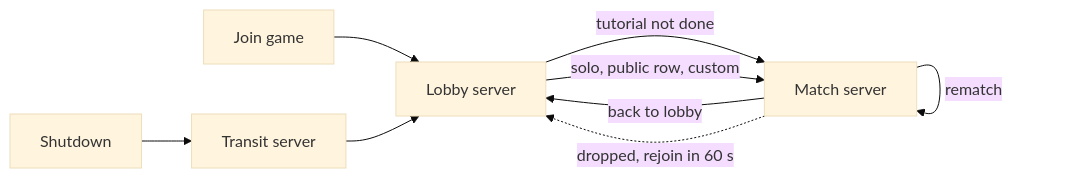
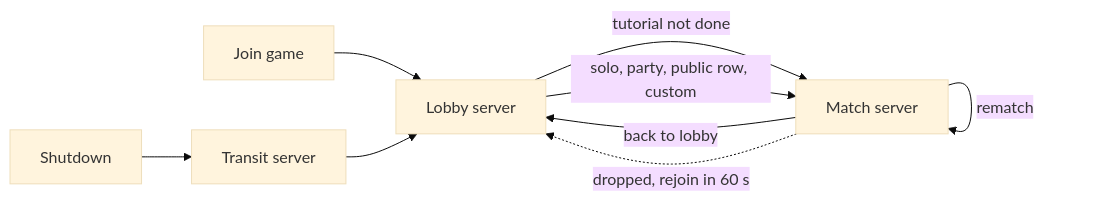
One commit to kuba-and-kacper-games-studios-poland/worm-battlegrounds changed the first of 2 diagrams in wiki/pages/build/architecture.md. Above: the diagram before and after it, drawn with Mermaid (base theme). The commit also changed other lines of this file and 91 other files, not shown here.

````diff
--- a/wiki/pages/build/architecture.md
+++ b/wiki/pages/build/architecture.md
@@ -43,10 +51,10 @@
 ```mermaid
 flowchart LR
   J[Join game] --> L[Lobby server]
   L -->|tutorial not done| M[Match server]
-  L -->|solo, public row, custom| M
+  L -->|solo, party, public row, custom| M
   M -->|rematch| M
   M -->|back to lobby| L
   M -.->|dropped, rejoin in 60 s| L
   X[Shutdown] --> T[Transit server] --> L
 ```
````
